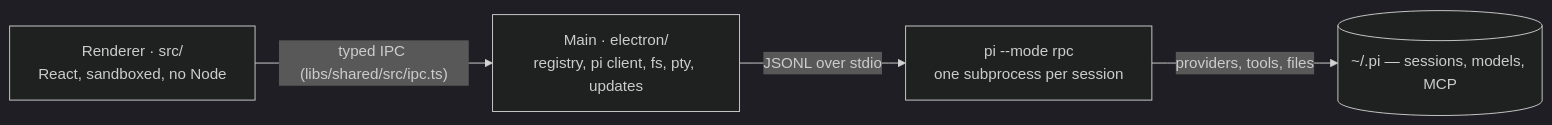
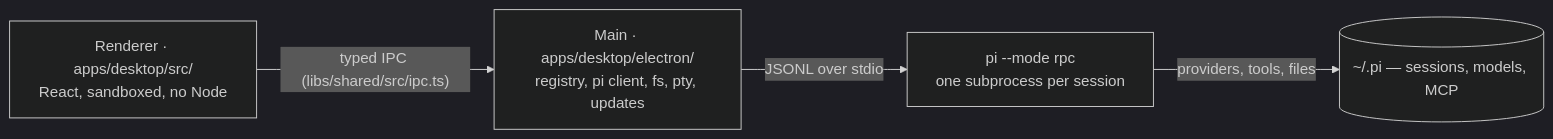
One commit to agustinsacco/Phosphor changed the diagram in README.md. Above: the diagram before and after it, drawn with Mermaid (dark theme). The commit also changed other lines of this file and 807 other files, not shown here.

First line of the commit message:
Build: isolate the Desktop application and Electron installation (#368)

````diff
--- a/README.md
+++ b/README.md
@@ -247,10 +247,10 @@
 ```mermaid
 flowchart LR
-  R["Renderer · src/<br/>React, sandboxed, no Node"]
-  M["Main · electron/<br/>registry, pi client, fs, pty, updates"]
+  R["Renderer · apps/desktop/src/<br/>React, sandboxed, no Node"]
+  M["Main · apps/desktop/electron/<br/>registry, pi client, fs, pty, updates"]
   P["pi --mode rpc<br/>one subprocess per session"]
   S[("~/.pi — sessions, models, MCP")]
   R -- "typed IPC (libs/shared/src/ipc.ts)" --> M
   M -- "JSONL over stdio" --> P
   P -- "providers, tools, files" --> S
 ```
````
